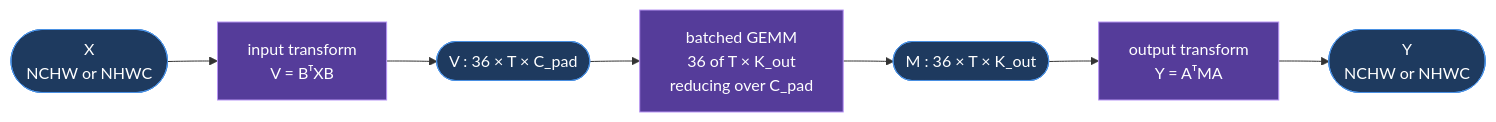
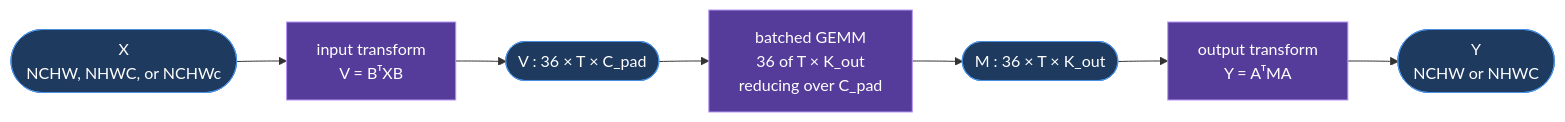
The second of 2 diagrams in aiter/ops/triton/conv/DESIGN.md (ROCm/aiter), drawn with Mermaid before and after one commit. The commit also changed other lines of this file and 10 other files, not shown here.

````diff
--- a/aiter/ops/triton/conv/DESIGN.md
+++ b/aiter/ops/triton/conv/DESIGN.md
@@ -84,14 +85,14 @@
 ```mermaid
 flowchart LR
-    X([X<br/>NCHW or NHWC]):::data
+    X([X<br/>NCHW, NHWC, or NCHWc]):::data
     X --> IT[input transform<br/>V = BᵀXB]:::stage
     IT --> V([V : 36 × T × C_pad]):::data
 
     V --> GE[batched GEMM<br/>36 of T × K_out<br/>reducing over C_pad]:::stage
     GE --> M([M : 36 × T × K_out]):::data
     M --> OT[output transform<br/>Y = AᵀMA]:::stage
     OT --> Y([Y<br/>NCHW or NHWC]):::data
 
     classDef data fill:#1e3a5f,stroke:#4a90e2,color:#fff
     classDef stage fill:#553c9a,stroke:#b794f4,color:#fff
 ```
````
